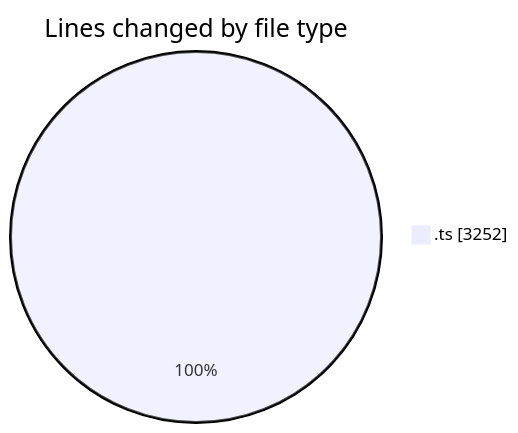
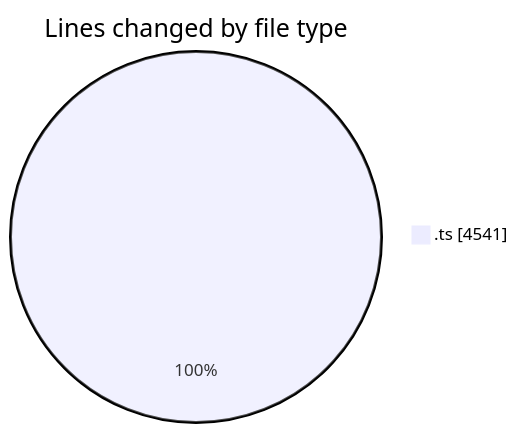
Before and after one commit to momahboobian/code-tracking: the first of 2 diagrams in 2025-06-24/cda/README.md, drawn with Mermaid. The commit also changed other lines of this file and 1 other file, not shown here.

````diff
--- a/2025-06-24/cda/README.md
+++ b/2025-06-24/cda/README.md
@@ -24,5 +24,5 @@
 ```mermaid
 pie showData
 title Lines changed by file type
-".ts" : 3252
+".ts" : 4541
 ```
````
